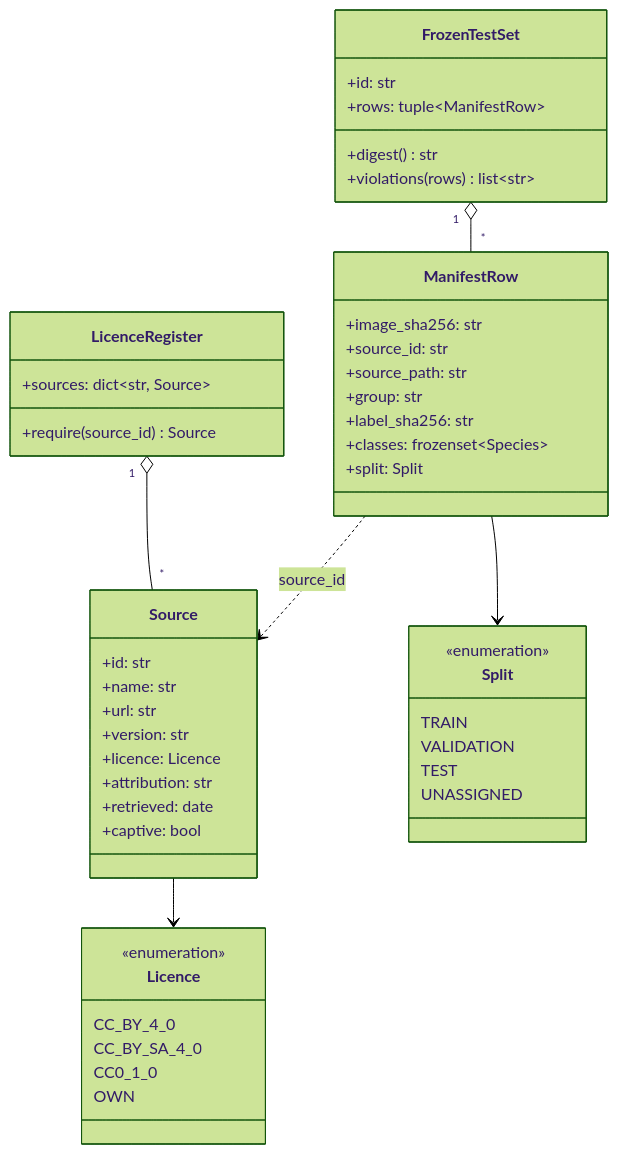
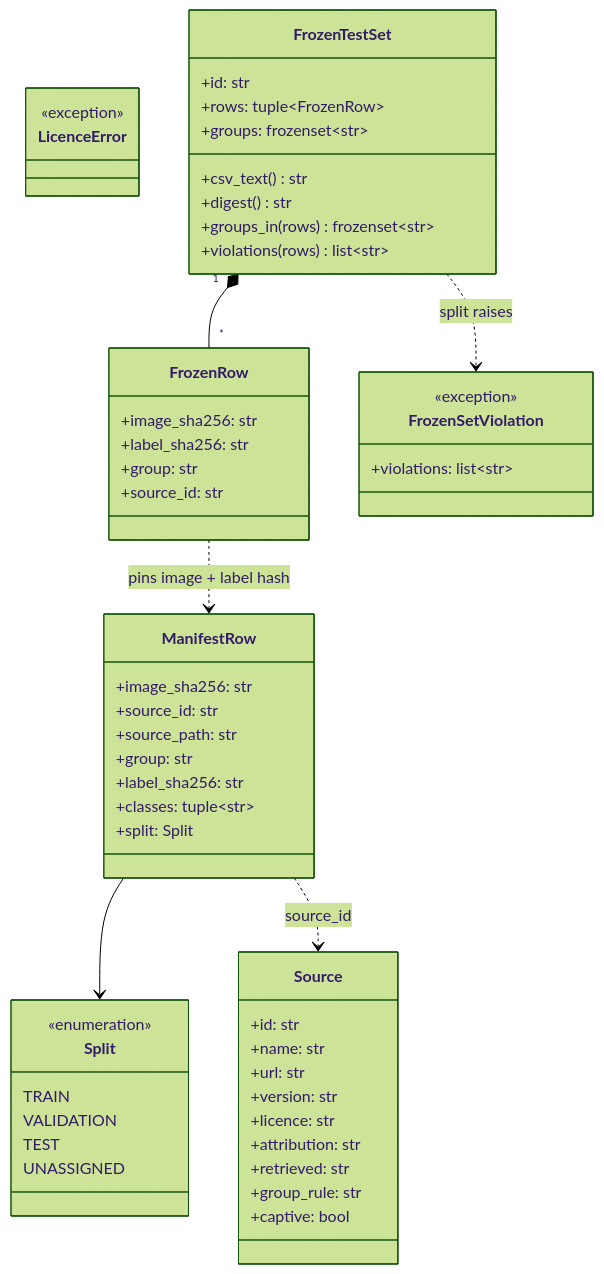
The diagram in docs/architecture/diagrams/annotation-pipeline/03-class.md (benoit-bremaud/aristech), drawn with Mermaid (forest theme) before and after one commit. The commit also changed other lines of this file and 6 other files, not shown here.

Commit message:
docs(dataset): as-built UML, gate deviations, review and QA in house format (#95)

````diff
--- a/docs/architecture/diagrams/annotation-pipeline/03-class.md
+++ b/docs/architecture/diagrams/annotation-pipeline/03-class.md
@@ -14,51 +14,57 @@
 ```mermaid
 classDiagram
-    class Licence {
-        <<enumeration>>
-        CC_BY_4_0
-        CC_BY_SA_4_0
-        CC0_1_0
-        OWN
-    }
     class Source {
         +id: str
         +name: str
         +url: str
         +version: str
-        +licence: Licence
+        +licence: str
         +attribution: str
-        +retrieved: date
+        +retrieved: str
+        +group_rule: str
         +captive: bool
     }
-    class LicenceRegister {
-        +sources: dict~str, Source~
-        +require(source_id) Source
+    class LicenceError {
+        <<exception>>
     }
     class ManifestRow {
         +image_sha256: str
         +source_id: str
         +source_path: str
         +group: str
         +label_sha256: str
-        +classes: frozenset~Species~
+        +classes: tuple~str~
         +split: Split
     }
     class Split {
         <<enumeration>>
         TRAIN
         VALIDATION
         TEST
         UNASSIGNED
     }
+    class FrozenRow {
+        +image_sha256: str
+        +label_sha256: str
+        +group: str
+        +source_id: str
+    }
     class FrozenTestSet {
         +id: str
-        +rows: tuple~ManifestRow~
+        +rows: tuple~FrozenRow~
+        +groups: frozenset~str~
+        +csv_text() str
         +digest() str
+        +groups_in(rows) frozenset~str~
         +violations(rows) list~str~
     }
-    LicenceRegister "1" o-- "*" Source
-    Source --> Licence
+    class FrozenSetViolation {
+        <<exception>>
+        +violations: list~str~
+    }
     ManifestRow --> Split
     ManifestRow ..> Source : source_id
-    FrozenTestSet "1" o-- "*" ManifestRow
+    FrozenTestSet "1" *-- "*" FrozenRow
+    FrozenRow ..> ManifestRow : pins image + label hash
+    FrozenTestSet ..> FrozenSetViolation : split raises
 ```
````
